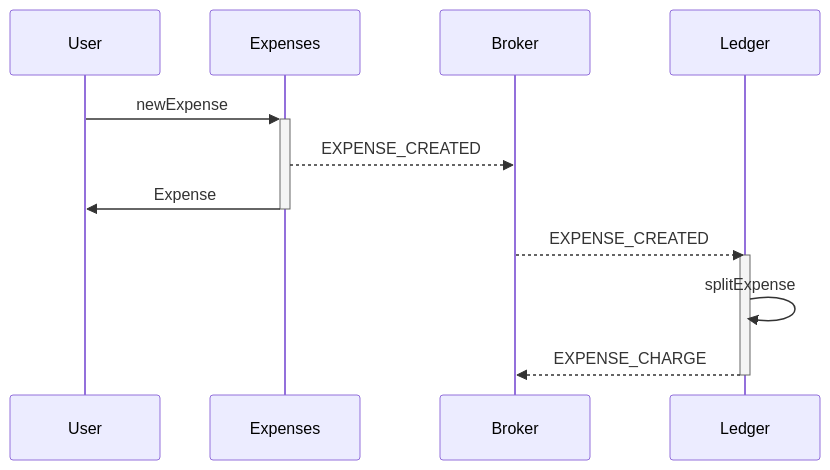
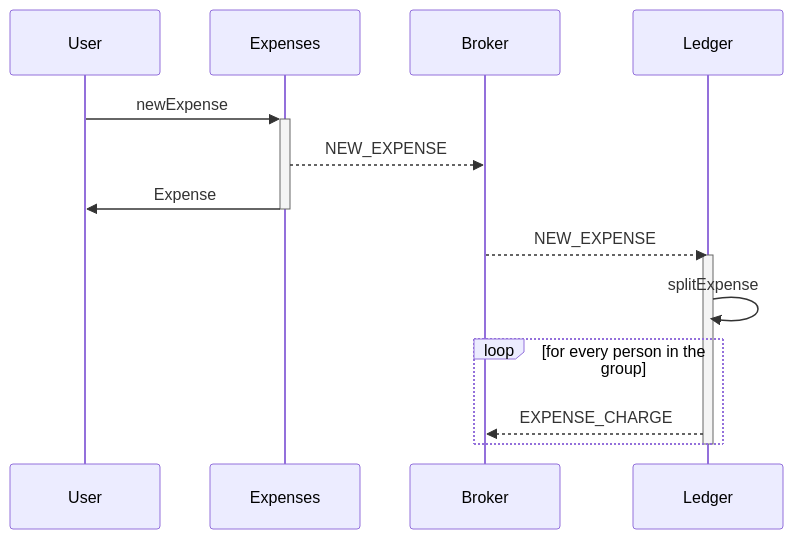
The first of 3 diagrams in README.md (Cirius1792/expense-app-v3), drawn with Mermaid before and after one commit. The commit also changed other lines of this file and 7 other files, not shown here.

Commit message:
[NEW] Add Expense Use Case: When a new expense is created and stored, the subscribers are notified

````diff
--- a/README.md
+++ b/README.md
@@ -2,11 +4,13 @@
 ```mermaid
 sequenceDiagram
     User ->>+ Expenses: newExpense
-    Expenses -->> Broker: EXPENSE_CREATED
+    Expenses -->> Broker: NEW_EXPENSE
     Expenses ->>- User: Expense
-    Broker -->> Ledger: EXPENSE_CREATED
+    Broker -->> Ledger: NEW_EXPENSE
     activate Ledger
     Ledger ->> Ledger: splitExpense
-    Ledger -->> Broker: EXPENSE_CHARGE
+    loop for every person in the group
+     Ledger -->> Broker: EXPENSE_CHARGE
+    end
     deactivate Ledger
 ```
````
